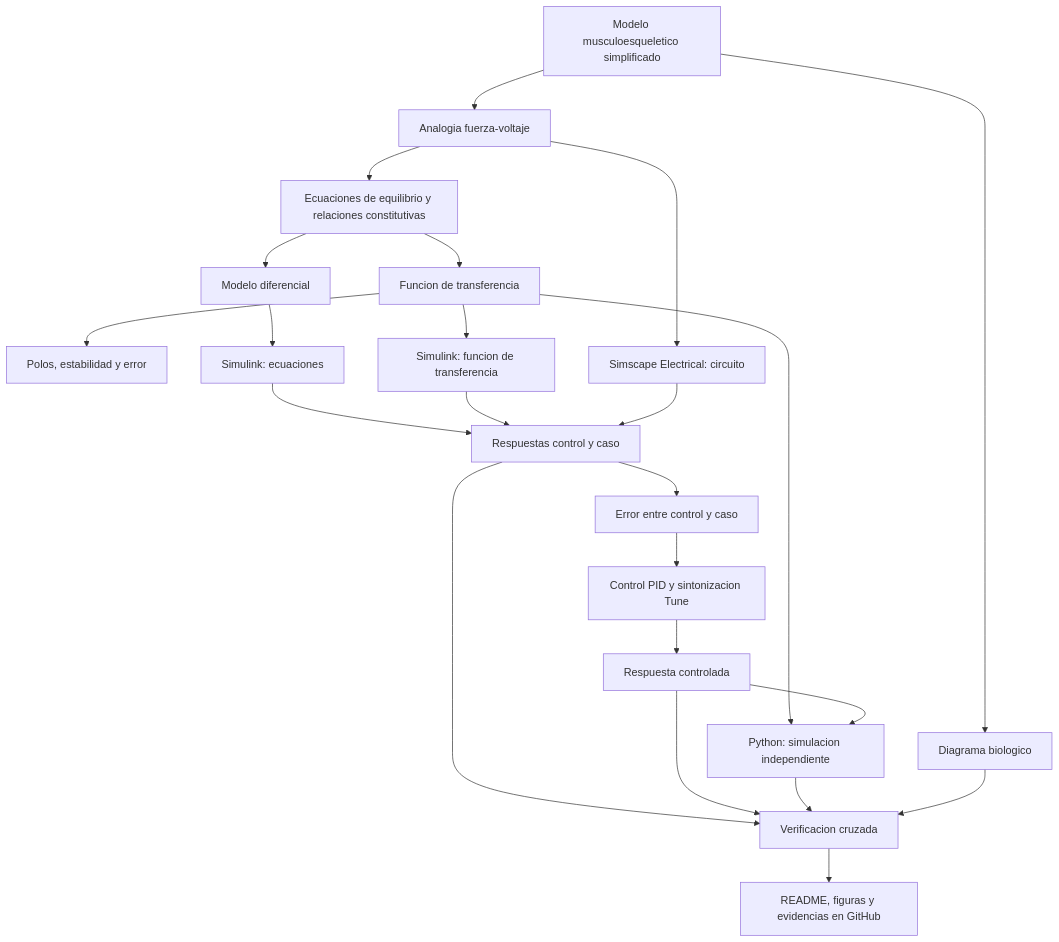
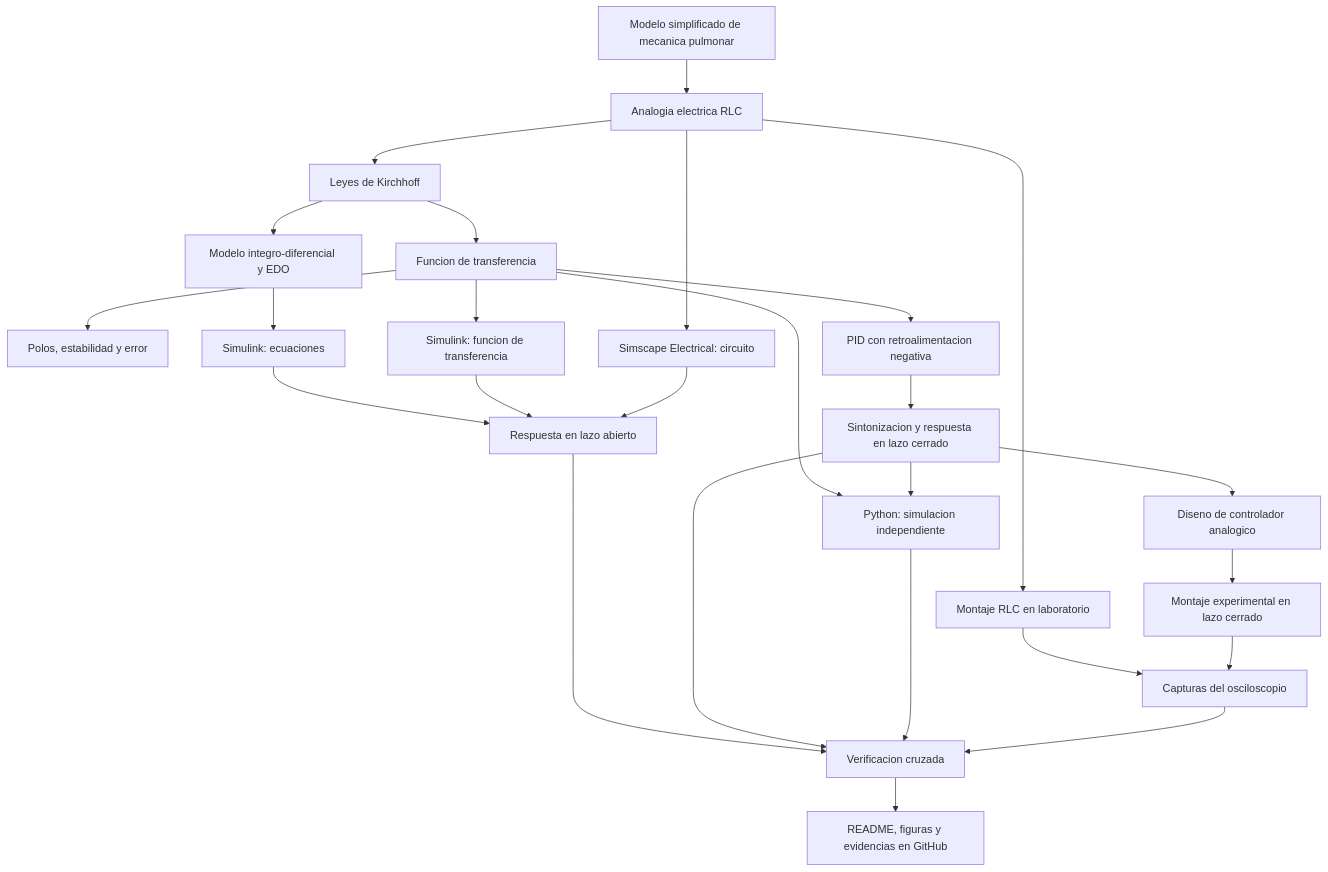
Before and after one commit to 23212806-debug/MSFP3: the diagram in README.md, drawn with Mermaid. The commit also changed other lines of this file, not shown here.

````diff
--- a/README.md
+++ b/README.md
@@ -449,25 +467,28 @@
 ```mermaid
 flowchart TD
-    A[Modelo musculoesqueletico simplificado] --> B[Analogia fuerza-voltaje]
-    B --> C[Ecuaciones de equilibrio y relaciones constitutivas]
-    C --> D[Modelo diferencial]
+    A[Modelo simplificado de mecanica pulmonar] --> B[Analogia electrica RLC]
+    B --> C[Leyes de Kirchhoff]
+    C --> D[Modelo integro-diferencial y EDO]
     C --> E[Funcion de transferencia]
     E --> F[Polos, estabilidad y error]
     D --> G[Simulink: ecuaciones]
     E --> H[Simulink: funcion de transferencia]
     B --> I[Simscape Electrical: circuito]
-    G --> J[Respuestas control y caso]
+    G --> J[Respuesta en lazo abierto]
     H --> J
     I --> J
-    J --> K[Error entre control y caso]
-    K --> L[Control PID y sintonizacion Tune]
-    L --> M[Respuesta controlada]
-    E --> N[Python: simulacion independiente]
-    M --> N
-    A --> O[Diagrama biologico]
-    J --> P[Verificacion cruzada]
-    M --> P
-    N --> P
-    O --> P
-    P --> Q[README, figuras y evidencias en GitHub]
+    E --> K[PID con retroalimentacion negativa]
+    K --> L[Sintonizacion y respuesta en lazo cerrado]
+    E --> M[Python: simulacion independiente]
+    L --> M
+    L --> N[Diseno de controlador analogico]
+    B --> O[Montaje RLC en laboratorio]
+    N --> P[Montaje experimental en lazo cerrado]
+    O --> Q[Capturas del osciloscopio]
+    P --> Q
+    J --> R[Verificacion cruzada]
+    L --> R
+    M --> R
+    Q --> R
+    R --> S[README, figuras y evidencias en GitHub]
 ```
````
